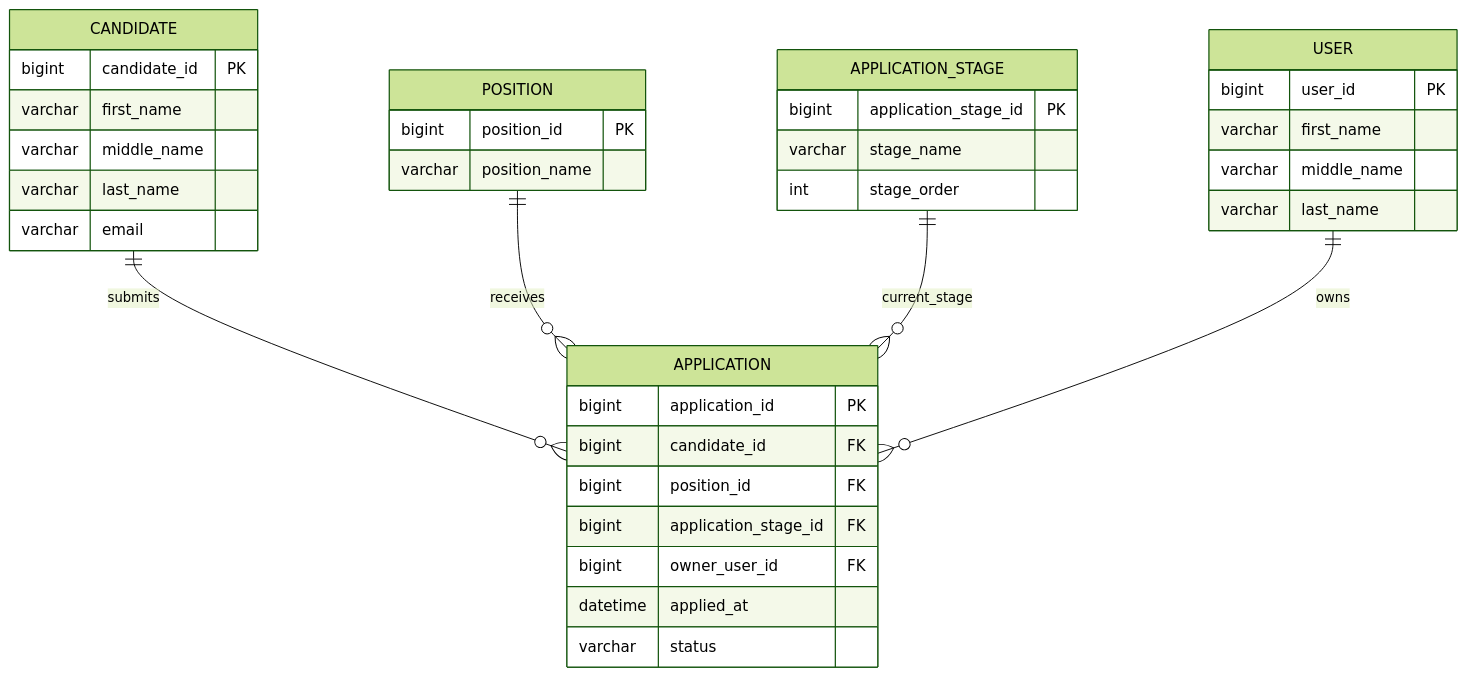
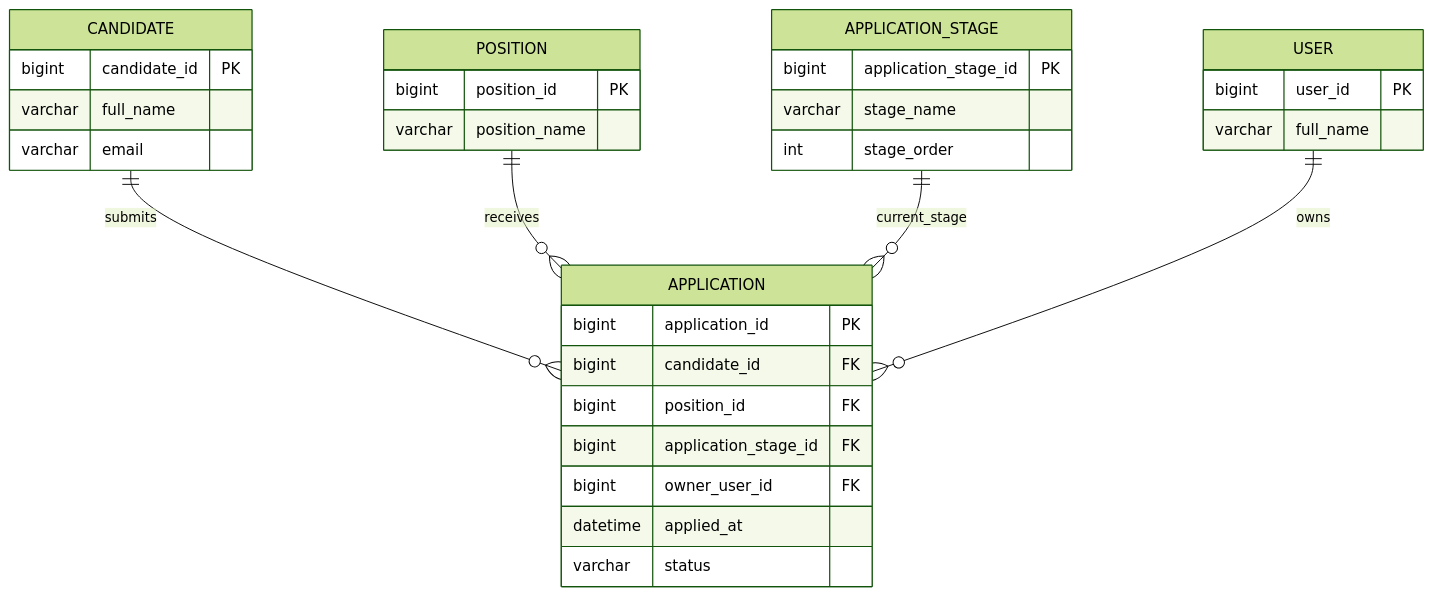
The third of 8 diagrams in docs/README.md (Huy1801214/HR), drawn with Mermaid (forest theme) before and after one commit. The commit also changed other lines of this file and 1 other file, not shown here.

Commit message:
add onboarding documentation with architectural diagrams and ERDs

````diff
--- a/docs/README.md
+++ b/docs/README.md
@@ -261,47 +264,43 @@
 ```mermaid
 erDiagram
 
     CANDIDATE {
         bigint candidate_id PK
-        varchar first_name
-        varchar middle_name
-        varchar last_name
+        varchar full_name
         varchar email
     }
 
     POSITION {
         bigint position_id PK
         varchar position_name
     }
 
     APPLICATION_STAGE {
         bigint application_stage_id PK
         varchar stage_name
         int stage_order
     }
 
     USER {
         bigint user_id PK
-        varchar first_name
-        varchar middle_name
-        varchar last_name
+        varchar full_name
     }
 
     APPLICATION {
         bigint application_id PK
         bigint candidate_id FK
         bigint position_id FK
         bigint application_stage_id FK
         bigint owner_user_id FK
         datetime applied_at
         varchar status
     }
 
     CANDIDATE ||--o{ APPLICATION : submits
 
     POSITION ||--o{ APPLICATION : receives
 
     APPLICATION_STAGE ||--o{ APPLICATION : current_stage
 
     USER ||--o{ APPLICATION : owns
 ```
````
